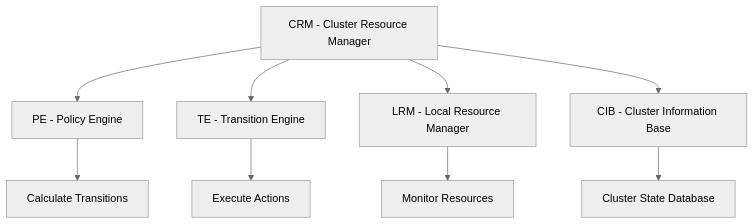
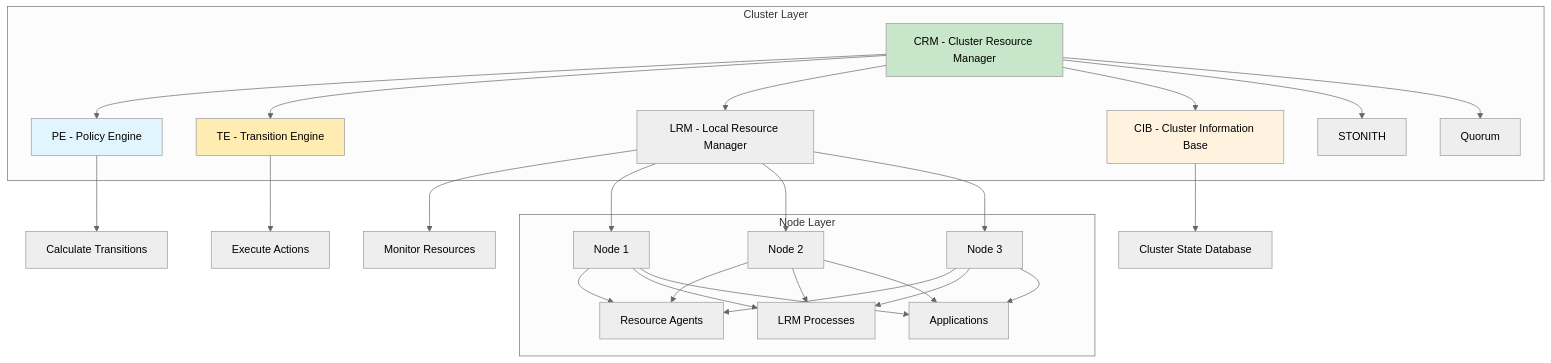
One commit to CrakA2/Linux_HA changed the first of 2 diagrams in docs/cluster/pacemaker.md. Above: the diagram before and after it, drawn with Mermaid (neutral theme). The commit also changed other lines of this file and 11 other files, not shown here.

````diff
--- a/docs/cluster/pacemaker.md
+++ b/docs/cluster/pacemaker.md
@@ -7,11 +7,56 @@
 ```mermaid
 graph TB
-    A[CRM - Cluster Resource Manager] --> B[PE - Policy Engine]
-    A --> C[TE - Transition Engine]
-    A --> D[LRM - Local Resource Manager]
-    A --> E[CIB - Cluster Information Base]
-    B --> F[Calculate Transitions]
-    C --> G[Execute Actions]
-    D --> H[Monitor Resources]
-    E --> I[Cluster State Database]
+    subgraph "Cluster Layer"
+        A[CRM - Cluster Resource Manager]
+        B[PE - Policy Engine]
+        C[TE - Transition Engine]
+        D[LRM - Local Resource Manager]
+        E[CIB - Cluster Information Base]
+        
+        F[STONITH]
+        G[Quorum]
+    end
+    
+    subgraph "Node Layer"
+        H[Node 1]
+        I[Node 2]
+        J[Node 3]
+        
+        K[Resource Agents]
+        L[LRM Processes]
+        M[Applications]
+    end
+    
+    A --> B
+    A --> C
+    A --> D
+    A --> E
+    A --> F
+    A --> G
+    
+    B --> N[Calculate Transitions]
+    C --> O[Execute Actions]
+    D --> P[Monitor Resources]
+    E --> Q[Cluster State Database]
+    
+    D --> H
+    D --> I
+    D --> J
+    
+    H --> K
+    H --> L
+    H --> M
+    
+    I --> K
+    I --> L
+    I --> M
+    
+    J --> K
+    J --> L
+    J --> M
+    
+    style A fill:#c8e6c9
+    style B fill:#e1f5ff
+    style C fill:#ffecb3
+    style E fill:#fff3e0
 ```
````
